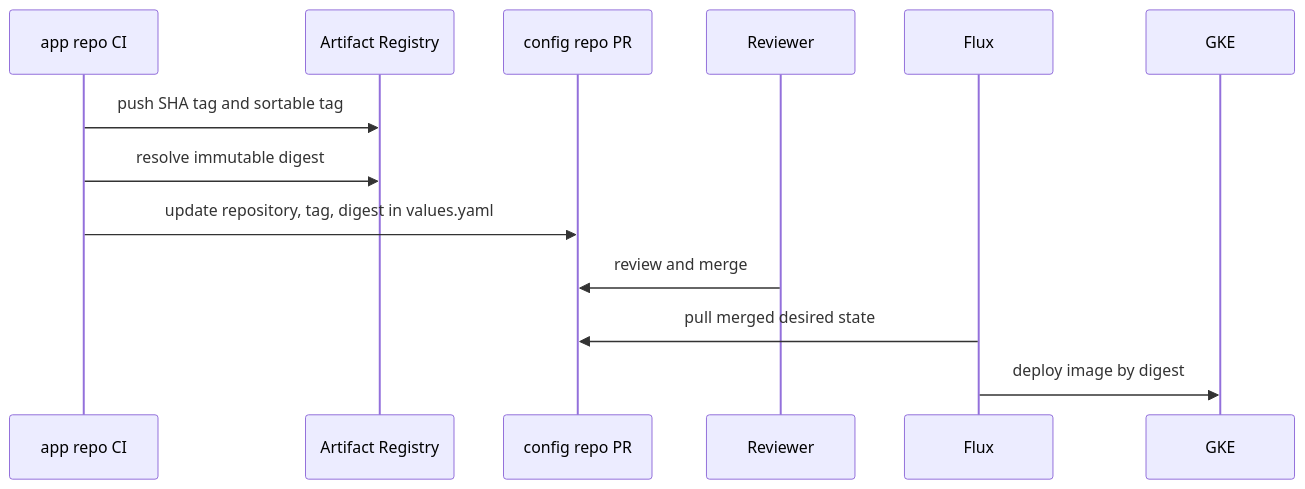
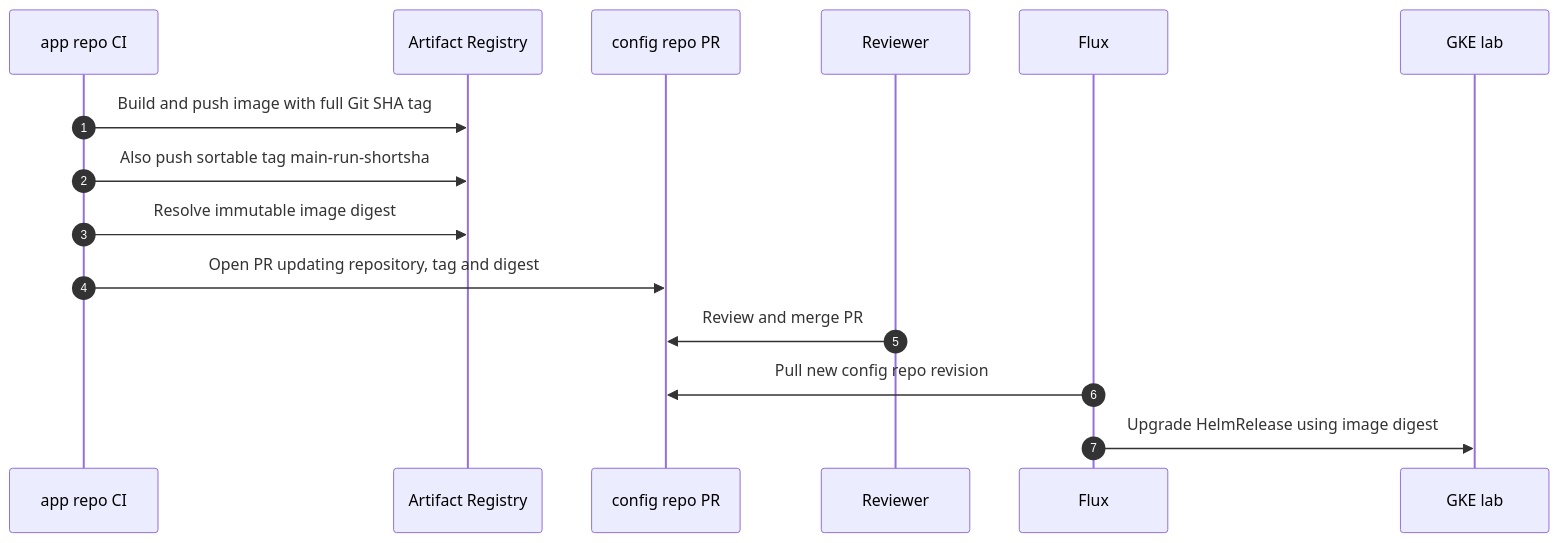
The fifth of 8 diagrams in docs/architecture.md (werpo78/videorank-mlops-app), drawn with Mermaid before and after one commit. The commit also changed other lines of this file, not shown here.

Commit message:
Clarify architecture diagrams

````diff
--- a/docs/architecture.md
+++ b/docs/architecture.md
@@ -108,16 +128,18 @@
 ```mermaid
 sequenceDiagram
-    participant App as app repo CI
-    participant AR as Artifact Registry
-    participant PR as config repo PR
-    participant Reviewer
-    participant Flux
-    participant GKE
+    autonumber
+    participant CI as app repo CI
+    participant Registry as Artifact Registry
+    participant Config as config repo PR
+    participant Human as Reviewer
+    participant Flux as Flux
+    participant Cluster as GKE lab
 
-    App->>AR: push SHA tag and sortable tag
-    App->>AR: resolve immutable digest
-    App->>PR: update repository, tag, digest in values.yaml
-    Reviewer->>PR: review and merge
-    Flux->>PR: pull merged desired state
-    Flux->>GKE: deploy image by digest
+    CI->>Registry: Build and push image with full Git SHA tag
+    CI->>Registry: Also push sortable tag main-run-shortsha
+    CI->>Registry: Resolve immutable image digest
+    CI->>Config: Open PR updating repository, tag and digest
+    Human->>Config: Review and merge PR
+    Flux->>Config: Pull new config repo revision
+    Flux->>Cluster: Upgrade HelmRelease using image digest
 ```
````
